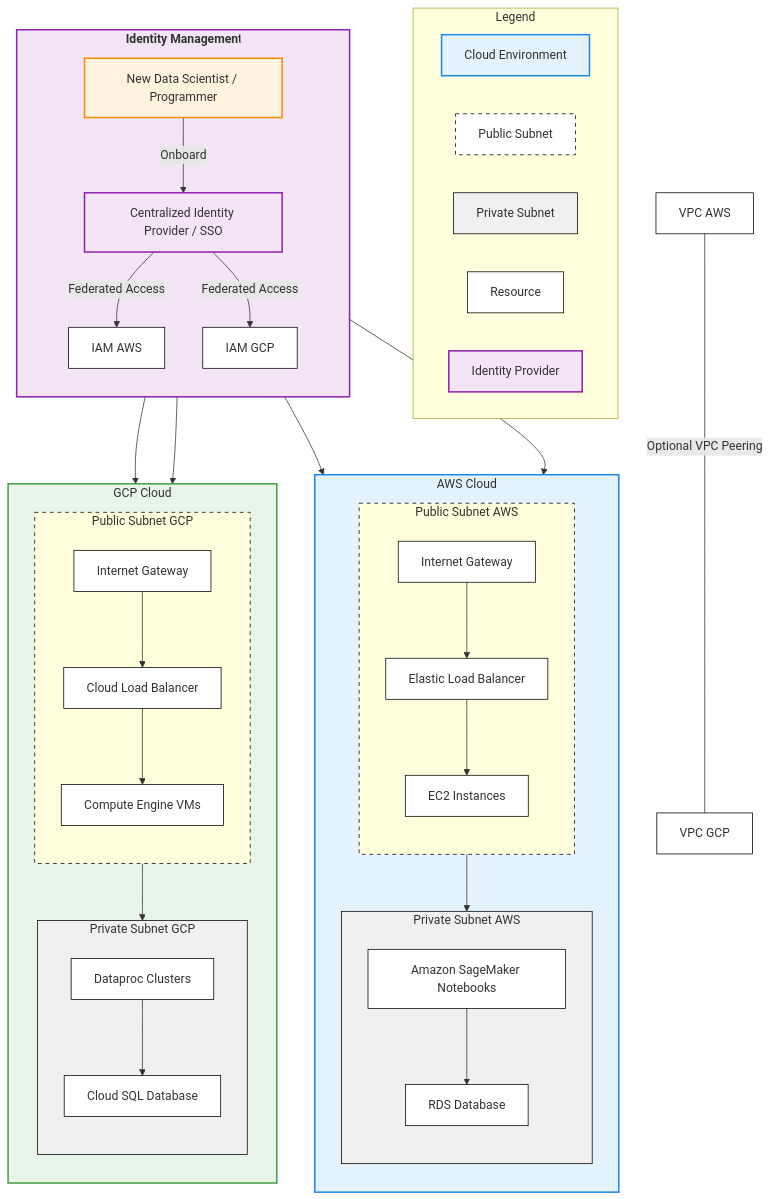
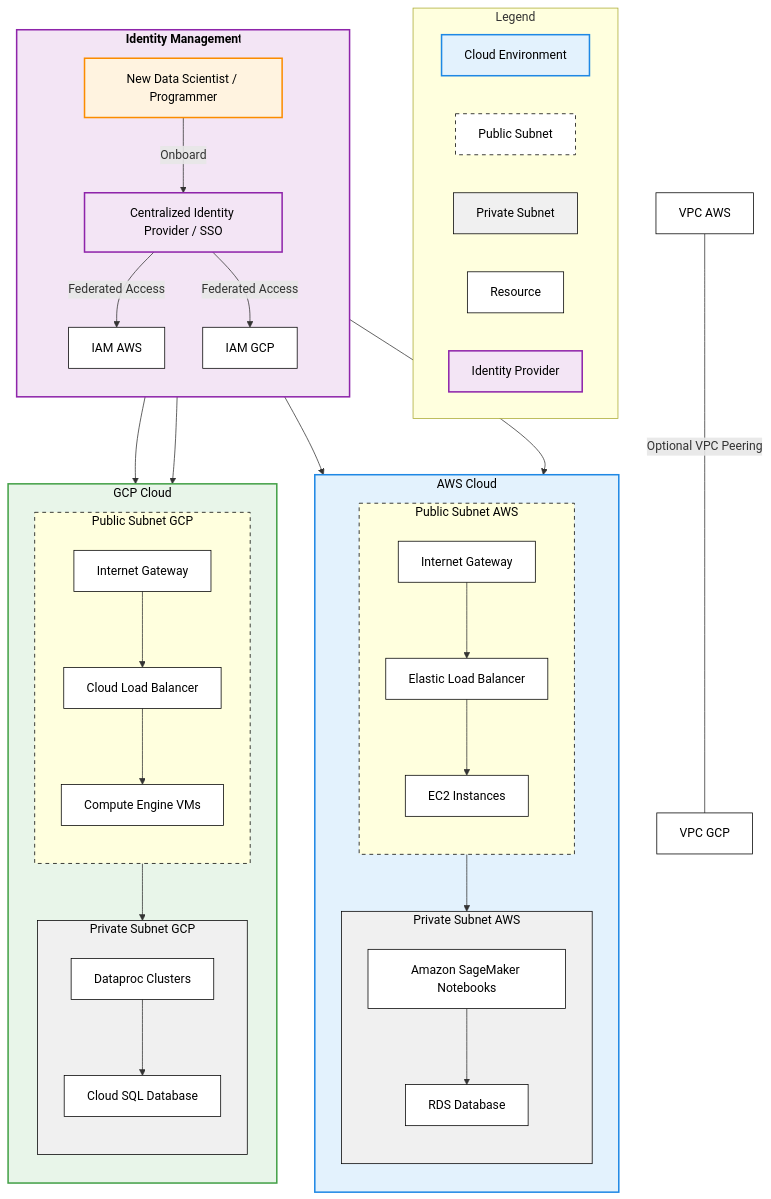
One commit to kilian-lm/vpc_setup changed the diagram in vpc_setup.mmd. Above: the diagram before and after it, drawn with Mermaid. The commit also changed 1 other file, not shown here.

Commit message:
why we need pr & pu-subnet

```diff
--- a/vpc_setup.mmd
+++ b/vpc_setup.mmd
@@ -1,104 +1,104 @@
 flowchart TB
     %% Legend
     subgraph legend [Legend]
         direction LR
-        classDef cloud fill:#E3F2FD,stroke:#1E88E5,stroke-width:2px;
-        classDef publicSubnet fill:#FFFFFF,stroke:#000000,stroke-dasharray: 5 5;
-        classDef privateSubnet fill:#F0F0F0,stroke:#000000;
-        classDef resource fill:#FFFFFF,stroke:#000000,shape:rect;
-        classDef idp fill:#F3E5F5,stroke:#8E24AA,stroke-width:2px;
-        classDef user fill:#FFF3E0,stroke:#FB8C00,stroke-width:2px;
+        classDef cloud fill:#E3F2FD,stroke:#1E88E5,stroke-width:2px,color:#000000;
+        classDef publicSubnet fill:#FFFFFF,stroke:#000000,stroke-dasharray: 5 5,color:#000000;
+        classDef privateSubnet fill:#F0F0F0,stroke:#000000,color:#000000;
+        classDef resource fill:#FFFFFF,stroke:#000000,shape:rect,color:#000000;
+        classDef idp fill:#F3E5F5,stroke:#8E24AA,stroke-width:2px,color:#000000;
+        classDef user fill:#FFF3E0,stroke:#FB8C00,stroke-width:2px,color:#000000;
 
         L1[Cloud Environment]:::cloud
         L2[Public Subnet]:::publicSubnet
         L3[Private Subnet]:::privateSubnet
         L4[Resource]:::resource
         L5[Identity Provider]:::idp
     end
 
     %% AWS Cloud
     subgraph aws_cloud [AWS Cloud]
         direction TB
         %% Public Subnet
         subgraph public_subnet_aws [Public Subnet AWS]
             direction TB
             InternetGW_AWS[Internet Gateway]:::resource
             ELB_AWS[Elastic Load Balancer]:::resource
             EC2_AWS[EC2 Instances]:::resource
             InternetGW_AWS --> ELB_AWS --> EC2_AWS
         end
         %% Private Subnet
         subgraph private_subnet_aws [Private Subnet AWS]
             direction TB
             Sagemaker_AWS[Amazon SageMaker Notebooks]:::resource
             RDS_AWS[RDS Database]:::resource
             EC2_AWS --> Sagemaker_AWS
             Sagemaker_AWS --> RDS_AWS
         end
     end
 
     %% GCP Cloud
     subgraph gcp_cloud [GCP Cloud]
         direction TB
         %% Public Subnet
         subgraph public_subnet_gcp [Public Subnet GCP]
             direction TB
             InternetGW_GCP[Internet Gateway]:::resource
             LB_GCP[Cloud Load Balancer]:::resource
             ComputeEngine_GCP[Compute Engine VMs]:::resource
             InternetGW_GCP --> LB_GCP --> ComputeEngine_GCP
         end
         %% Private Subnet
         subgraph private_subnet_gcp [Private Subnet GCP]
             direction TB
             Dataproc_GCP[Dataproc Clusters]:::resource
             CloudSQL_GCP[Cloud SQL Database]:::resource
             ComputeEngine_GCP --> Dataproc_GCP
             Dataproc_GCP --> CloudSQL_GCP
         end
     end
 
     %% Centralized Identity Management
     subgraph identity_management [Identity Management]
         direction TB
         IdP[Centralized Identity Provider / SSO]:::idp
         New_User[New Data Scientist / Programmer]:::user -->|Onboard| IdP
         IdP -->|Federated Access| IAM_AWS[IAM AWS]:::resource
         IdP -->|Federated Access| IAM_GCP[IAM GCP]:::resource
         IAM_AWS --> EC2_AWS
         IAM_AWS --> Sagemaker_AWS
         IAM_GCP --> ComputeEngine_GCP
         IAM_GCP --> Dataproc_GCP
     end
 
     %% Optional VPC Peering
     VPC_AWS[VPC AWS]:::resource
     VPC_GCP[VPC GCP]:::resource
     VPC_AWS ---|Optional VPC Peering| VPC_GCP
 
     %% Apply styles to subgraphs using 'style' directives
-    style aws_cloud fill:#E3F2FD,stroke:#1E88E5,stroke-width:2px
-    style gcp_cloud fill:#E8F5E9,stroke:#43A047,stroke-width:2px
-    style identity_management fill:#F3E5F5,stroke:#8E24AA,stroke-width:2px,font-weight:bold
-    style public_subnet_aws stroke:#000000,stroke-dasharray: 5 5
-    style private_subnet_aws fill:#F0F0F0,stroke:#000000
-    style public_subnet_gcp stroke:#000000,stroke-dasharray: 5 5
-    style private_subnet_gcp fill:#F0F0F0,stroke:#000000
+    style aws_cloud fill:#E3F2FD,stroke:#1E88E5,stroke-width:2px,color:#000000
+    style gcp_cloud fill:#E8F5E9,stroke:#43A047,stroke-width:2px,color:#000000
+    style identity_management fill:#F3E5F5,stroke:#8E24AA,stroke-width:2px,font-weight:bold,color:#000000
+    style public_subnet_aws stroke:#000000,stroke-dasharray: 5 5,color:#000000
+    style private_subnet_aws fill:#F0F0F0,stroke:#000000,color:#000000
+    style public_subnet_gcp stroke:#000000,stroke-dasharray: 5 5,color:#000000
+    style private_subnet_gcp fill:#F0F0F0,stroke:#000000,color:#000000
 
     %% Styles Applied from Legend
     class InternetGW_AWS resource
     class ELB_AWS resource
     class EC2_AWS resource
     class Sagemaker_AWS resource
     class RDS_AWS resource
     class InternetGW_GCP resource
     class LB_GCP resource
     class ComputeEngine_GCP resource
     class Dataproc_GCP resource
     class CloudSQL_GCP resource
     class IAM_AWS resource
     class IAM_GCP resource
     class VPC_AWS resource
     class VPC_GCP resource
     class IdP idp
     class New_User user
```
